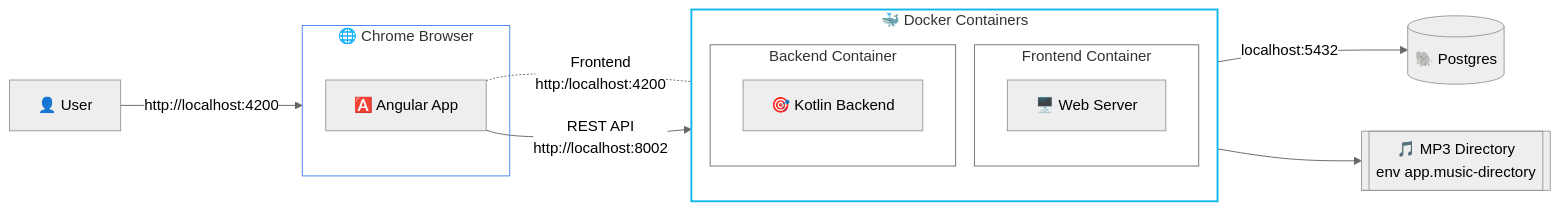
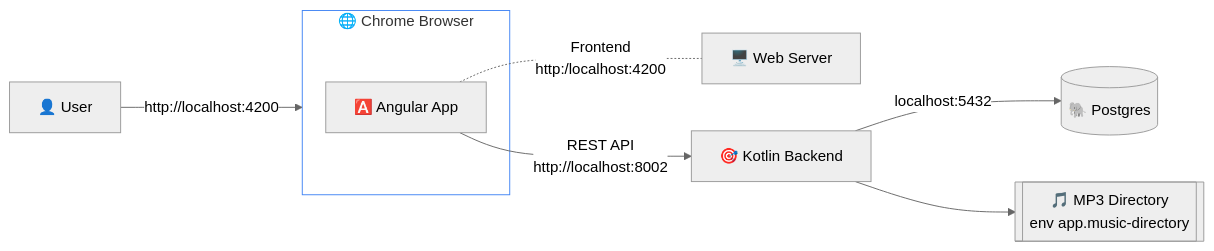
The second of 2 diagrams in README.md (richardeigenmann/Music-Spring), drawn with Mermaid (neutral theme) before and after one commit.

Commit message:
Improve Diagram

````diff
--- a/README.md
+++ b/README.md
@@ -262,46 +262,33 @@
 ```mermaid
 graph LR
     %% Entity Definitions
     User["👤 User"]
     
     subgraph Browser ["🌐 Chrome Browser"]
         App["🅰️ Angular App"]
     end
 
-    subgraph Docker ["🐳 Docker Containers"]
-        direction TB
-        subgraph FE ["Frontend Container"]
-            WS["🖥️ Web Server"]
-        end
+    WS["🖥️ Web Server"]
         
-        %% Vertical strut
-        %%FE ~~~ BE
-        
-        subgraph BE ["Backend Container"]
-            Backend["🎯 Kotlin Backend"]
-        end
-    end
+    Backend["🎯 Kotlin Backend"]
 
     DB[("🐘 Postgres")]
     Files[["🎵 MP3 Directory\nenv app.music-directory"]]
 
     %% --- THE CONNECTIONS (The "Physics" Fix) ---
     
     User -->|http://localhost:4200| Browser
     
     %% Reverse the arrow syntax to force WS to the RIGHT of App
     App <-.-|Frontend\nhttp:/localhost:4200| WS
     
     %% Standard flow to the backend
     App -->|REST API\nhttp://localhost:8002| Backend
     
     %% Backend data flow
     Backend -->|localhost:5432| DB
     Backend --> Files
 
     %% Styling
     style Browser fill:#fff,stroke:#4285F4
-    style Docker fill:#fff,stroke:#0db7ed,stroke-width:2px
-    style FE fill:#fff
-    style BE fill:#fff
 ```
````
